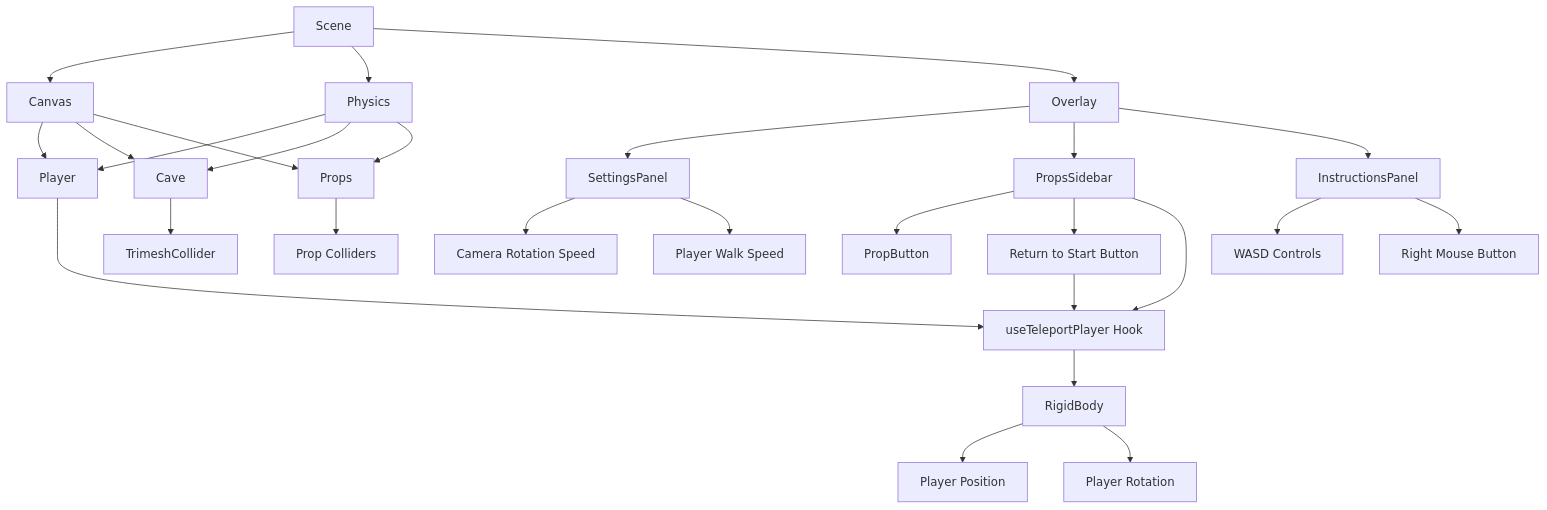
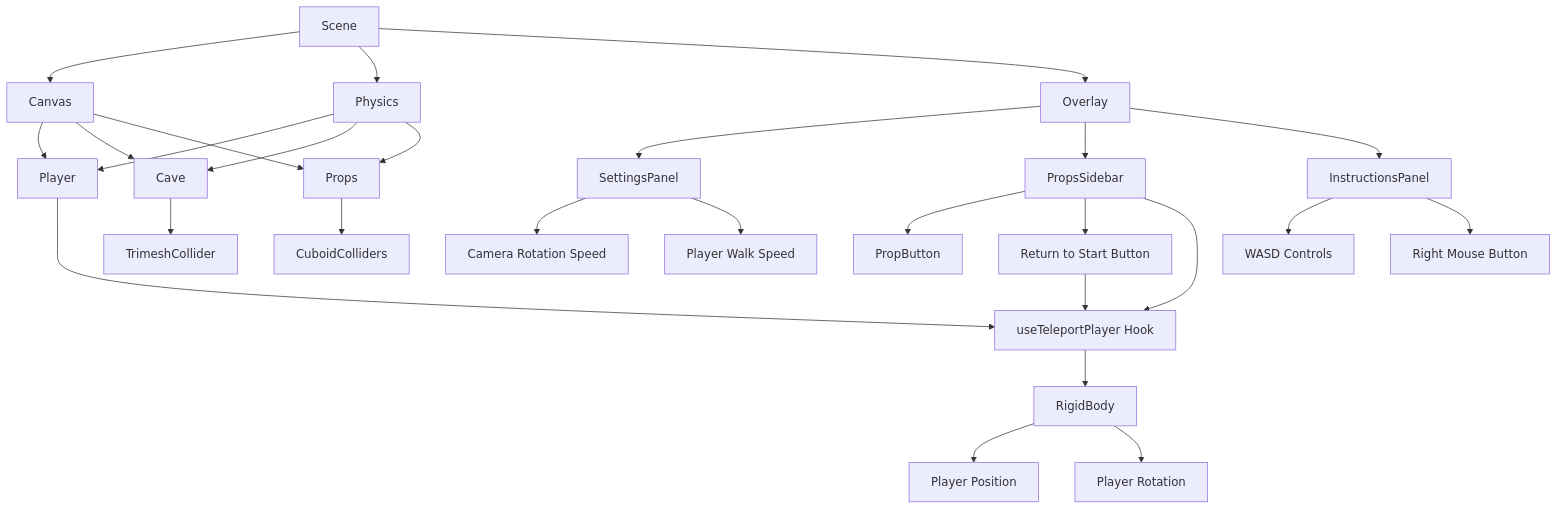
The diagram in README.md (CarlaCGDM/threejs-first-person-movement), drawn with Mermaid before and after one commit.

`````diff
--- a/README.md
+++ b/README.md
@@ -29,38 +29,38 @@
 ```mermaid
 graph TD
     A[Scene] --> B[Canvas]
     A --> C[Physics]
     A --> D[Overlay]
 
     B --> E[Player]
     B --> F[Cave]
     B --> G[Props]
 
     C --> E
     C --> F
     C --> G
 
     D --> H[SettingsPanel]
     D --> I[PropsSidebar]
     D --> J[InstructionsPanel]
 
     I --> K[PropButton]
     I --> L[Return to Start Button]
 
     E --> M[useTeleportPlayer Hook]
     I --> M
     L --> M
 
     M --> N[RigidBody]
     N --> O[Player Position]
     N --> P[Player Rotation]
 
     F --> Q[TrimeshCollider]
-    G --> R[Prop Colliders]
+    G --> R[CuboidColliders]
 
     H --> S[Camera Rotation Speed]
     H --> T[Player Walk Speed]
 
     J --> U[WASD Controls]
     J --> V[Right Mouse Button]
 ````
`````
